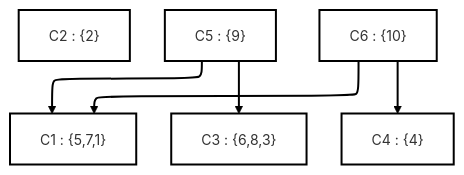
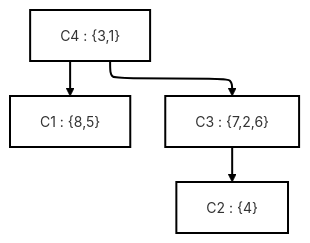
One commit to 1Pabl0/LAFARGE_GIRAULT_DESNOES_Projet_c changed the diagram in cmake-build-debug/hasse.mmd. Above: the diagram before and after it, drawn with Mermaid. The commit also changed 10 other files, not shown here.

```diff
--- a/cmake-build-debug/hasse.mmd
+++ b/cmake-build-debug/hasse.mmd
@@ -1,16 +1,13 @@
 ---
 config:
   layout: elk
   theme: neo
 ---
 flowchart TD
-C1["C1 : {5,7,1}"]
-C2["C2 : {2}"]
-C3["C3 : {6,8,3}"]
-C4["C4 : {4}"]
-C5["C5 : {9}"]
-C6["C6 : {10}"]
-C5 --> C3
-C5 --> C1
-C6 --> C1
-C6 --> C4
+C1["C1 : {8,5}"]
+C2["C2 : {4}"]
+C3["C3 : {7,2,6}"]
+C4["C4 : {3,1}"]
+C4 --> C1
+C3 --> C2
+C4 --> C3
```
